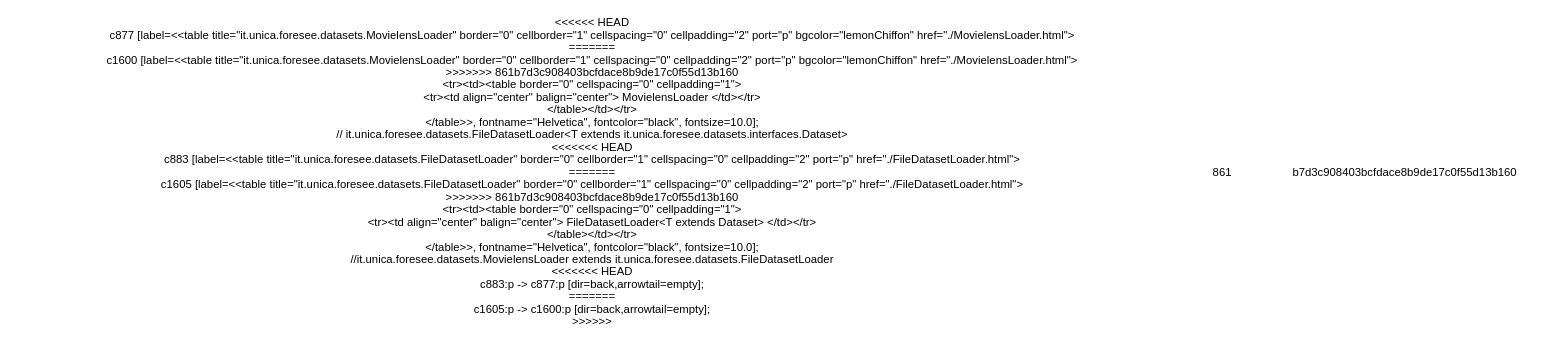
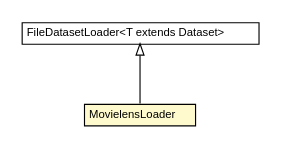
The diagram in docs/it/unica/foresee/datasets/MovielensLoader.dot (UnicaLabs-CS/Foresee), drawn with Graphviz before and after one commit. The commit also changed 243 other files, not shown here.

```diff
--- a/docs/it/unica/foresee/datasets/MovielensLoader.dot
+++ b/docs/it/unica/foresee/datasets/MovielensLoader.dot
@@ -1,38 +1,26 @@
 #!/usr/local/bin/dot
 #
 # Class diagram 
 # Generated by UMLGraph version 5.2 (http://www.umlgraph.org/)
 #
 
 digraph G {
 	edge [fontname="Helvetica",fontsize=10,labelfontname="Helvetica",labelfontsize=10];
 	node [fontname="Helvetica",fontsize=10,shape=plaintext];
 	nodesep=0.25;
 	ranksep=0.5;
 	// it.unica.foresee.datasets.MovielensLoader
-<<<<<<< HEAD
-	c877 [label=<<table title="it.unica.foresee.datasets.MovielensLoader" border="0" cellborder="1" cellspacing="0" cellpadding="2" port="p" bgcolor="lemonChiffon" href="./MovielensLoader.html">
-=======
-	c1600 [label=<<table title="it.unica.foresee.datasets.MovielensLoader" border="0" cellborder="1" cellspacing="0" cellpadding="2" port="p" bgcolor="lemonChiffon" href="./MovielensLoader.html">
->>>>>>> 861b7d3c908403bcfdace8b9de17c0f55d13b160
+	c986 [label=<<table title="it.unica.foresee.datasets.MovielensLoader" border="0" cellborder="1" cellspacing="0" cellpadding="2" port="p" bgcolor="lemonChiffon" href="./MovielensLoader.html">
 		<tr><td><table border="0" cellspacing="0" cellpadding="1">
 <tr><td align="center" balign="center"> MovielensLoader </td></tr>
 		</table></td></tr>
 		</table>>, fontname="Helvetica", fontcolor="black", fontsize=10.0];
 	// it.unica.foresee.datasets.FileDatasetLoader<T extends it.unica.foresee.datasets.interfaces.Dataset>
-<<<<<<< HEAD
-	c883 [label=<<table title="it.unica.foresee.datasets.FileDatasetLoader" border="0" cellborder="1" cellspacing="0" cellpadding="2" port="p" href="./FileDatasetLoader.html">
-=======
-	c1605 [label=<<table title="it.unica.foresee.datasets.FileDatasetLoader" border="0" cellborder="1" cellspacing="0" cellpadding="2" port="p" href="./FileDatasetLoader.html">
->>>>>>> 861b7d3c908403bcfdace8b9de17c0f55d13b160
+	c992 [label=<<table title="it.unica.foresee.datasets.FileDatasetLoader" border="0" cellborder="1" cellspacing="0" cellpadding="2" port="p" href="./FileDatasetLoader.html">
 		<tr><td><table border="0" cellspacing="0" cellpadding="1">
 <tr><td align="center" balign="center"> FileDatasetLoader&lt;T extends Dataset&gt; </td></tr>
 		</table></td></tr>
 		</table>>, fontname="Helvetica", fontcolor="black", fontsize=10.0];
 	//it.unica.foresee.datasets.MovielensLoader extends it.unica.foresee.datasets.FileDatasetLoader
-<<<<<<< HEAD
-	c883:p -> c877:p [dir=back,arrowtail=empty];
-=======
-	c1605:p -> c1600:p [dir=back,arrowtail=empty];
->>>>>>> 861b7d3c908403bcfdace8b9de17c0f55d13b160
+	c992:p -> c986:p [dir=back,arrowtail=empty];
 }
```
